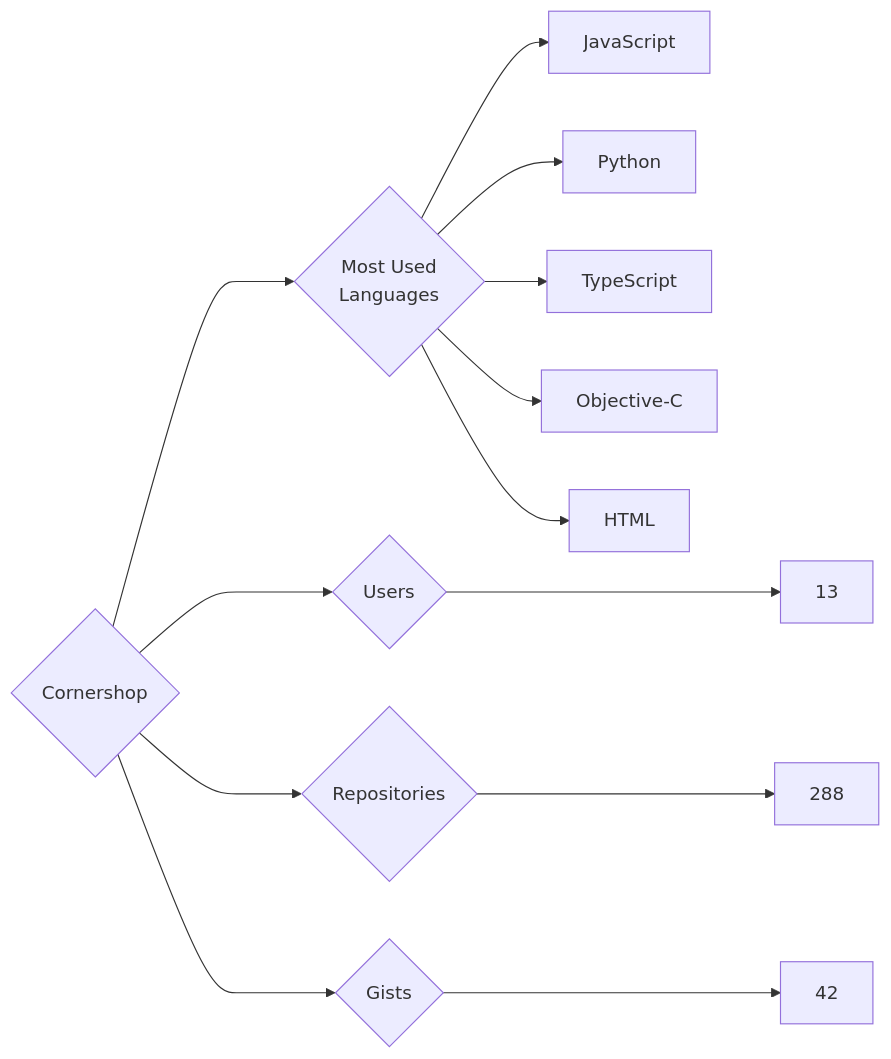
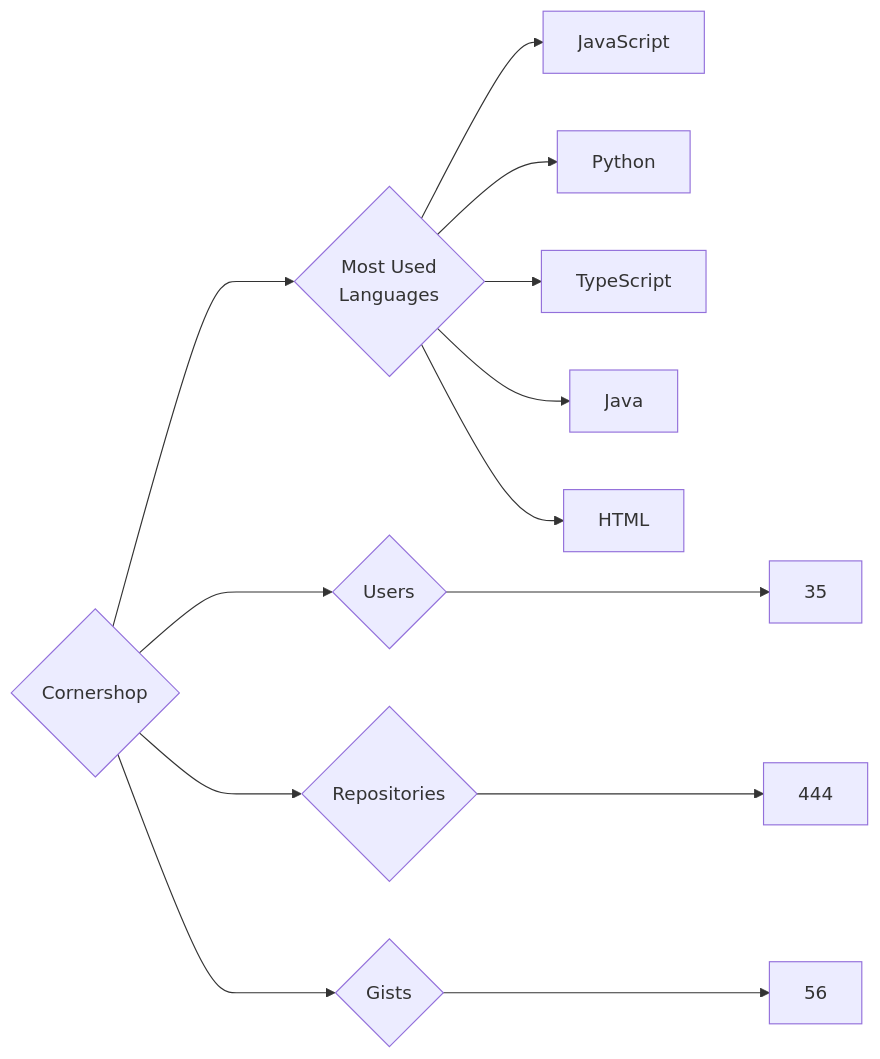
The diagram in targets/Cornershop/README.md (trickest/insiders), drawn with Mermaid before and after one commit. The commit also changed 718 other files, not shown here.

````diff
--- a/targets/Cornershop/README.md
+++ b/targets/Cornershop/README.md
@@ -3,13 +3,13 @@
 ```mermaid
 graph LR
 COMPANY_NAME{Cornershop}
-COMPANY_NAME ---> U{Users} ---> UN[13]
-COMPANY_NAME ---> R{Repositories} ---> RN[288]
-COMPANY_NAME ---> G{Gists} ---> GN[42]
+COMPANY_NAME ---> U{Users} ---> UN[35]
+COMPANY_NAME ---> R{Repositories} ---> RN[444]
+COMPANY_NAME ---> G{Gists} ---> GN[56]
 COMPANY_NAME ---> ML{Most Used<br>Languages}
 ML --> JavaScript[JavaScript]
 ML --> Python[Python]
 ML --> TypeScript[TypeScript]
-ML --> Objective-C[Objective-C]
+ML --> Java[Java]
 ML --> HTML[HTML]
 ```
````
